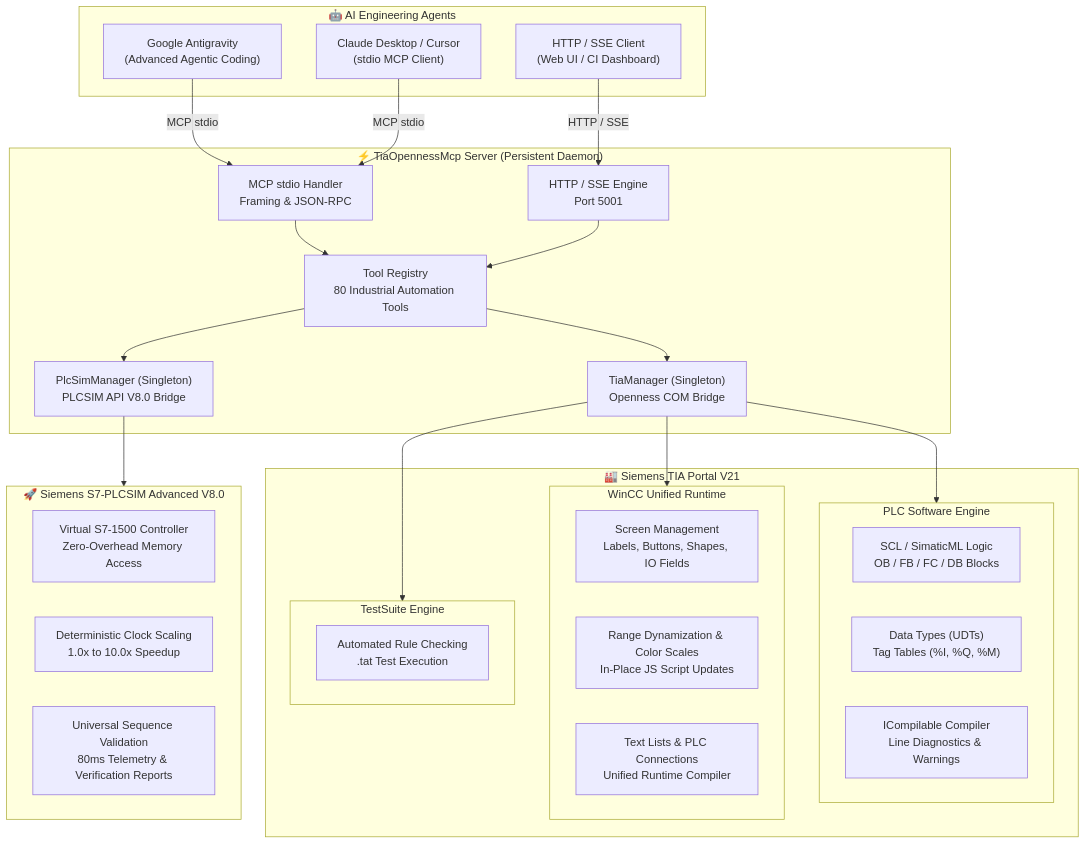
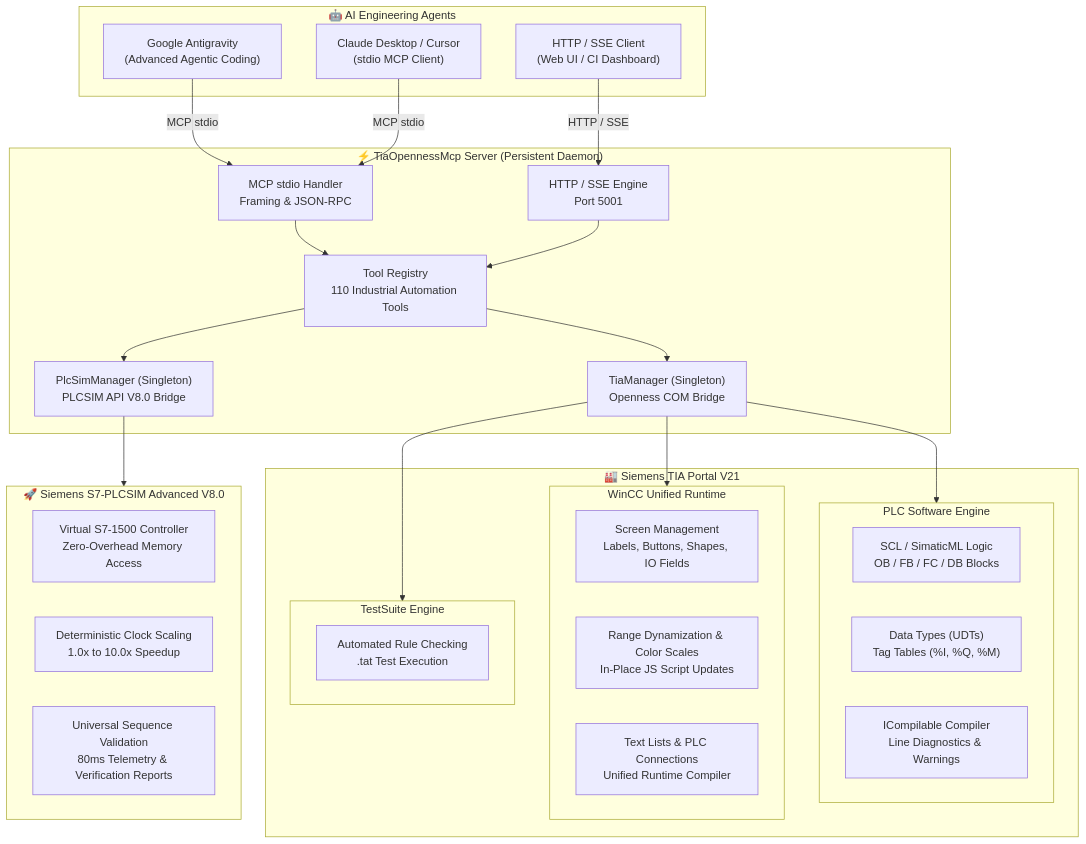
Before and after one commit to ie-kil/TIA-MCP-Server: the first of 7 diagrams in README.md, drawn with Mermaid. The commit also changed other lines of this file and 61 other files, not shown here.

````diff
--- a/README.md
+++ b/README.md
@@ -61,50 +61,50 @@
 ```mermaid
 flowchart TD
     subgraph AGENTS["🤖 AI Engineering Agents"]
         AgentAntigravity["Google Antigravity<br/>(Advanced Agentic Coding)"]
         AgentClaude["Claude Desktop / Cursor<br/>(stdio MCP Client)"]
         AgentCustom["HTTP / SSE Client<br/>(Web UI / CI Dashboard)"]
     end
 
     subgraph SERVER["⚡ TiaOpennessMcp Server (Persistent Daemon)"]
         TransportStdio["MCP stdio Handler<br/>Framing & JSON-RPC"]
         TransportHttp["HTTP / SSE Engine<br/>Port 5001"]
-        ToolRegistry["Tool Registry<br/>80 Industrial Automation Tools"]
+        ToolRegistry["Tool Registry<br/>110 Industrial Automation Tools"]
         TiaMgr["TiaManager (Singleton)<br/>Openness COM Bridge"]
         PlcSimMgr["PlcSimManager (Singleton)<br/>PLCSIM API V8.0 Bridge"]
     end
 
     subgraph TIA["🏭 Siemens TIA Portal V21"]
         subgraph PLC["PLC Software Engine"]
             PlcLogic["SCL / SimaticML Logic<br/>OB / FB / FC / DB Blocks"]
             PlcTypes["Data Types (UDTs)<br/>Tag Tables (%I, %Q, %M)"]
             PlcCompile["ICompilable Compiler<br/>Line Diagnostics & Warnings"]
         end
         subgraph HMI["WinCC Unified Runtime"]
             HmiScreens["Screen Management<br/>Labels, Buttons, Shapes, IO Fields"]
             HmiDynamization["Range Dynamization & Color Scales<br/>In-Place JS Script Updates"]
             HmiComm["Text Lists & PLC Connections<br/>Unified Runtime Compiler"]
         end
         subgraph TEST["TestSuite Engine"]
             TestSuite["Automated Rule Checking<br/>.tat Test Execution"]
         end
     end
 
     subgraph SIM["🚀 Siemens S7-PLCSIM Advanced V8.0"]
         SimRuntime["Virtual S7-1500 Controller<br/>Zero-Overhead Memory Access"]
         SimScale["Deterministic Clock Scaling<br/>1.0x to 10.0x Speedup"]
         SimSeq["Universal Sequence Validation<br/>80ms Telemetry & Verification Reports"]
     end
 
     AgentAntigravity -->|MCP stdio| TransportStdio
     AgentClaude -->|MCP stdio| TransportStdio
     AgentCustom -->|HTTP / SSE| TransportHttp
     TransportStdio --> ToolRegistry
     TransportHttp --> ToolRegistry
     ToolRegistry --> TiaMgr
     ToolRegistry --> PlcSimMgr
     TiaMgr --> PLC
     TiaMgr --> HMI
     TiaMgr --> TEST
     PlcSimMgr --> SIM
 ```
````
